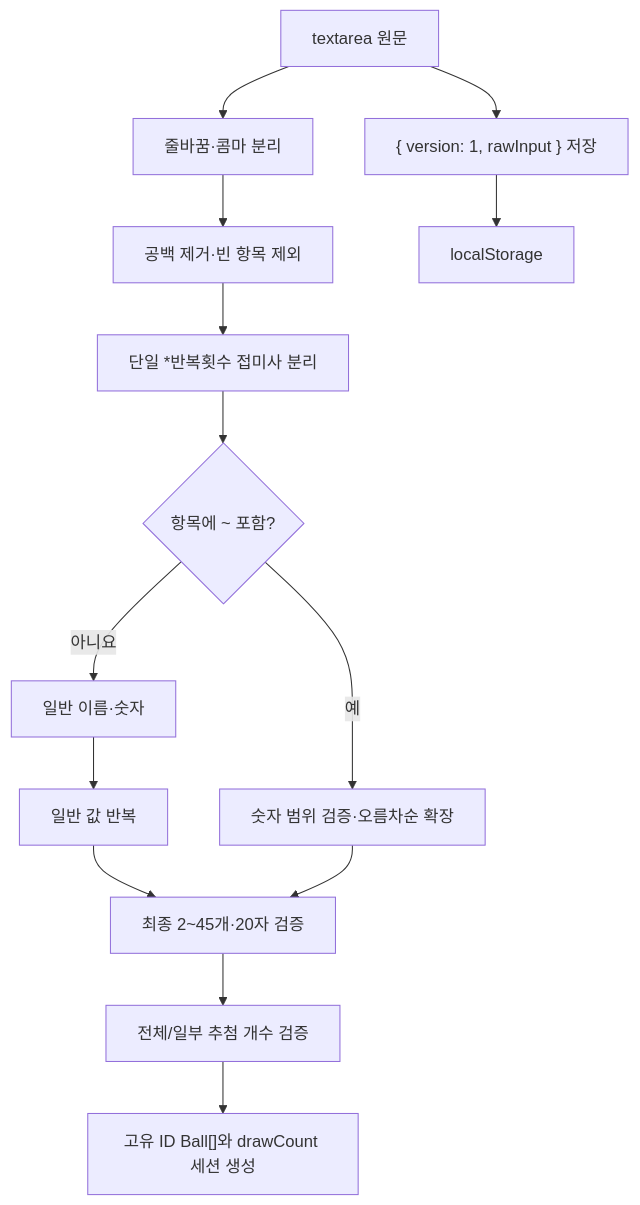
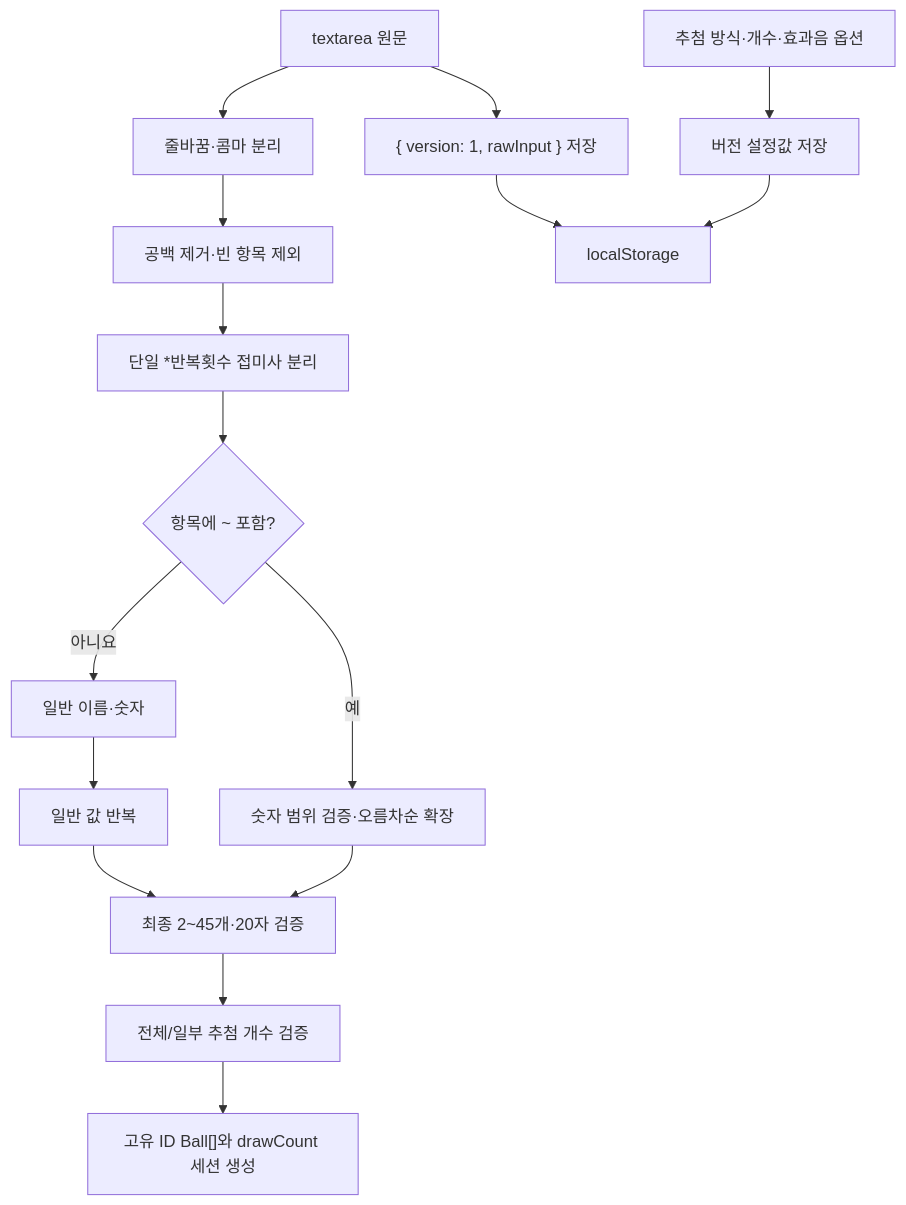
Before and after one commit to tinywolf/roulette: the third of 3 diagrams in docs/architecture.md, drawn with Mermaid. The commit also changed other lines of this file and 10 other files, not shown here.

````diff
--- a/docs/architecture.md
+++ b/docs/architecture.md
@@ -144,16 +149,18 @@
 ```mermaid
 flowchart TD
     Raw["textarea 원문"] --> Parse["줄바꿈·콤마 분리"]
     Parse --> Trim["공백 제거·빈 항목 제외"]
     Trim --> Repeat["단일 *반복횟수 접미사 분리"]
     Repeat --> Syntax{"항목에 ~ 포함?"}
     Syntax -->|아니요| Value["일반 이름·숫자"]
     Syntax -->|예| Range["숫자 범위 검증·오름차순 확장"]
     Value --> Expand["일반 값 반복"]
     Expand --> Validate["최종 2~45개·20자 검증"]
     Range --> Validate
     Raw --> Persist["{ version: 1, rawInput } 저장"]
     Persist --> Local["localStorage"]
+    Options["추첨 방식·개수·효과음 옵션"] --> PersistOptions["버전 설정값 저장"]
+    PersistOptions --> Local
     Validate --> Count["전체/일부 추첨 개수 검증"]
     Count --> Balls["고유 ID Ball[]와 drawCount 세션 생성"]
 ```
````
